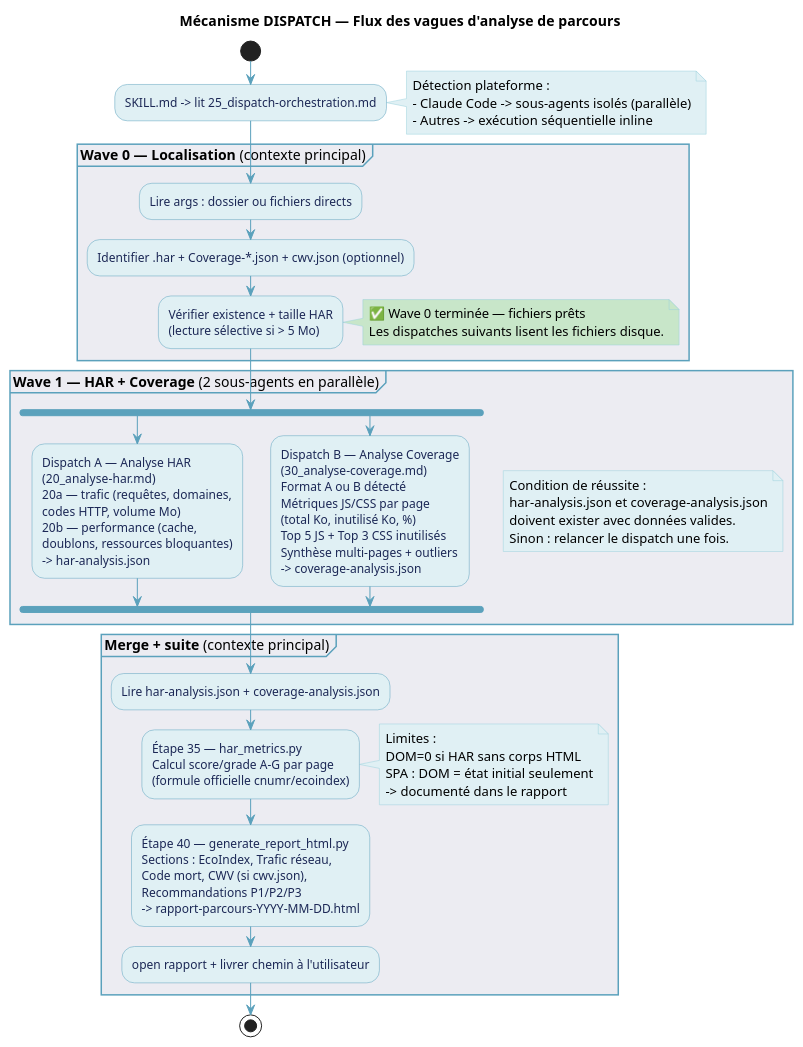
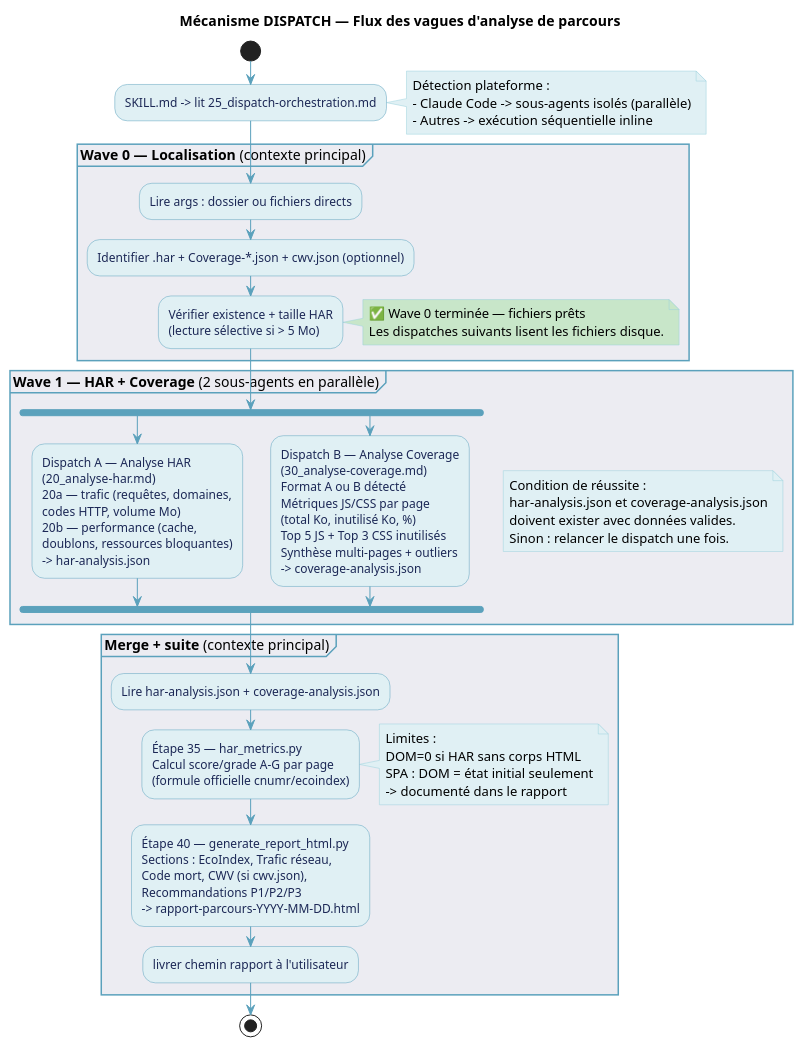
The fourth of 5 diagrams in .claude/skills/diagrammes-analyse-parcours/SKILL.md (Boavizta/eroom), drawn with PlantUML before and after one commit. The commit also changed other lines of this file and 3 other files, not shown here.

```diff
--- a/.claude/skills/diagrammes-analyse-parcours/SKILL.md
+++ b/.claude/skills/diagrammes-analyse-parcours/SKILL.md
@@ -411,7 +410,7 @@
   Recommandations P1/P2/P3
   -> rapport-parcours-YYYY-MM-DD.html;
 
-  :open rapport + livrer chemin à l'utilisateur;
+  :livrer chemin rapport à l'utilisateur;
 }
 
 stop
```
